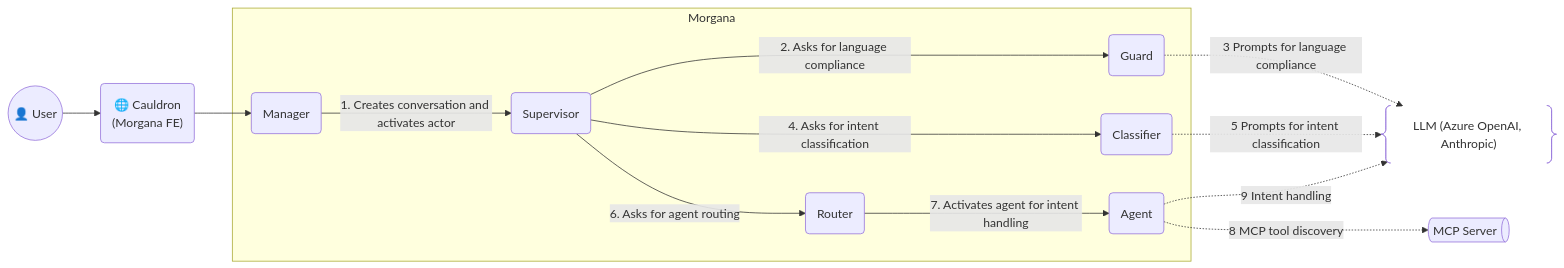
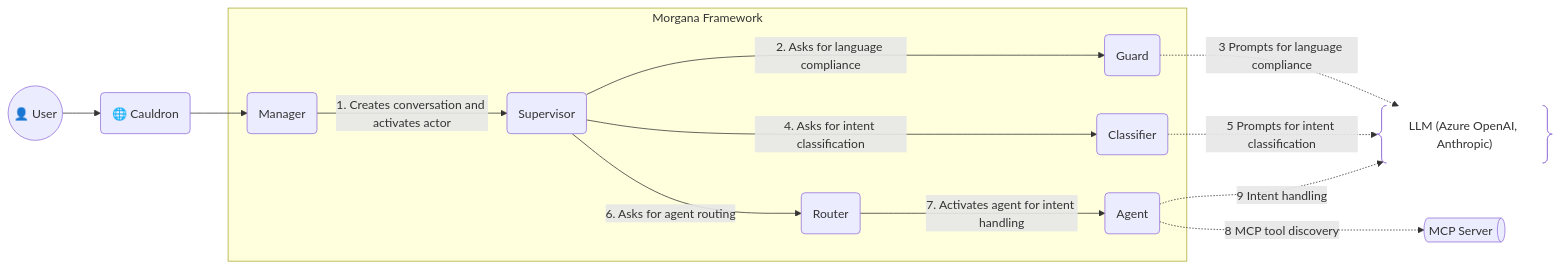
Before and after one commit to mdesalvo/Morgana: the first of 2 diagrams in README.md, drawn with Mermaid. The commit also changed other lines of this file, not shown here.

````diff
--- a/README.md
+++ b/README.md
@@ -47,32 +47,32 @@
 ```mermaid
 graph LR
   %% Frontend
-  U@{shape: circle, label: "👤 User"} --> CLD@{shape: rounded, label: "🌐 Cauldron\n(Morgana FE)"}
+  U@{shape: circle, label: "👤 User"} --> CLD@{shape: rounded, label: "🌐 Cauldron"}
 
   %% Backend boundary
-  subgraph Morgana["Morgana"]
+  subgraph Morgana["Morgana Framework"]
     CM@{shape: rounded, label: "Manager"}
     SV@{shape: rounded, label: "Supervisor"}
 
     G@{shape: rounded, label: "Guard"}
     C@{shape: rounded, label: "Classifier"}
     R@{shape: rounded, label: "Router"}
     MA@{shape: rounded, label: "Agent"}
   end
 
   %% FE → BE
   CLD --> CM
   CM -- 1. Creates conversation and activates actor --> SV
 
   %% Internal BE flow
   SV -- 2. Asks for language compliance --> G
   SV -- 4. Asks for intent classification --> C
   SV -- 6. Asks for agent routing --> R
   R -- 7. Activates agent for intent handling --> MA
 
   %% External systems
   G -. 3 Prompts for language compliance .-> LLM@{shape: braces, label: "LLM (Azure OpenAI, Anthropic)"}
   C -. 5 Prompts for intent classification .-> LLM
   MA -. 8 MCP tool discovery .-> MCP@{shape: das, label: "MCP Server"}
   MA -. 9 Intent handling .-> LLM
 ```
````
